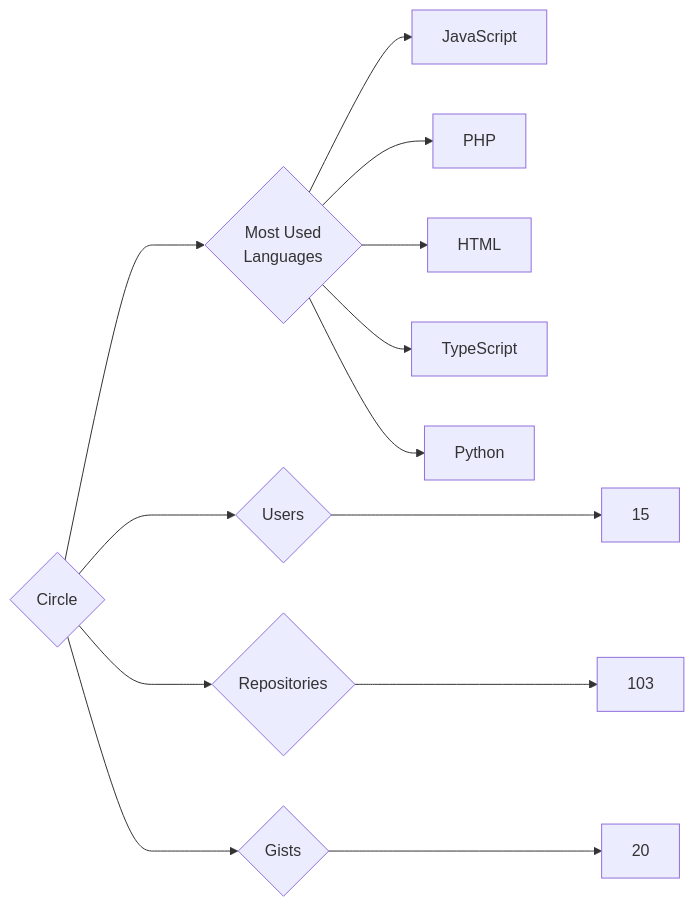
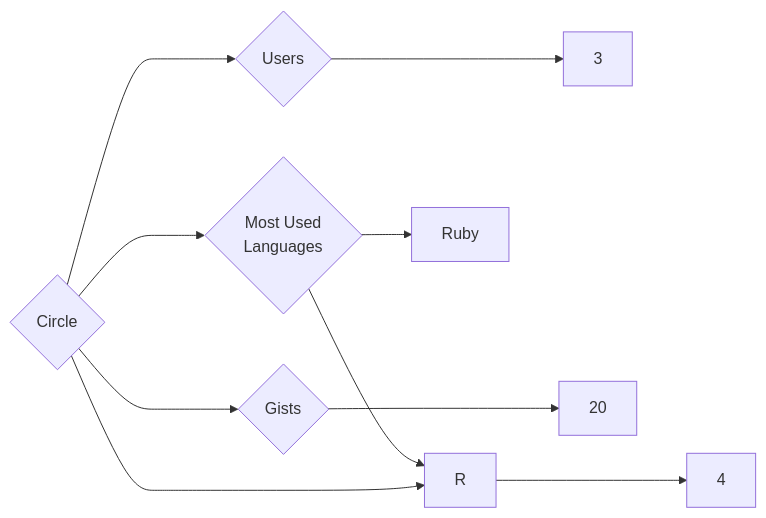
One commit to trickest/insiders changed the diagram in targets/Circle/README.md. Above: the diagram before and after it, drawn with Mermaid. The commit also changed 693 other files, not shown here.

````diff
--- a/targets/Circle/README.md
+++ b/targets/Circle/README.md
@@ -3,13 +3,10 @@
 ```mermaid
 graph LR
 COMPANY_NAME{Circle}
-COMPANY_NAME ---> U{Users} ---> UN[15]
-COMPANY_NAME ---> R{Repositories} ---> RN[103]
+COMPANY_NAME ---> U{Users} ---> UN[3]
+COMPANY_NAME ---> R{Repositories} ---> RN[4]
 COMPANY_NAME ---> G{Gists} ---> GN[20]
 COMPANY_NAME ---> ML{Most Used<br>Languages}
-ML --> JavaScript[JavaScript]
-ML --> PHP[PHP]
-ML --> HTML[HTML]
-ML --> TypeScript[TypeScript]
-ML --> Python[Python]
+ML --> Ruby[Ruby]
+ML --> R[R]
 ```
````
